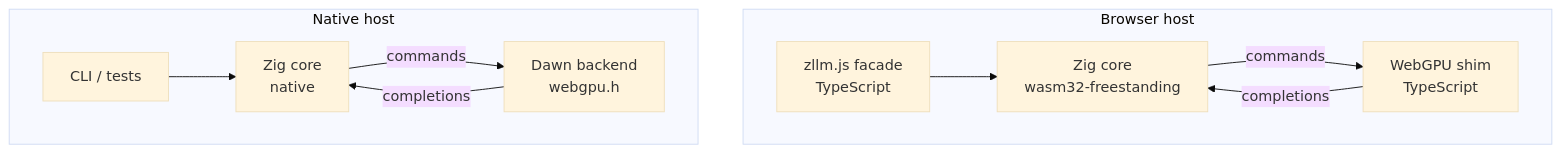
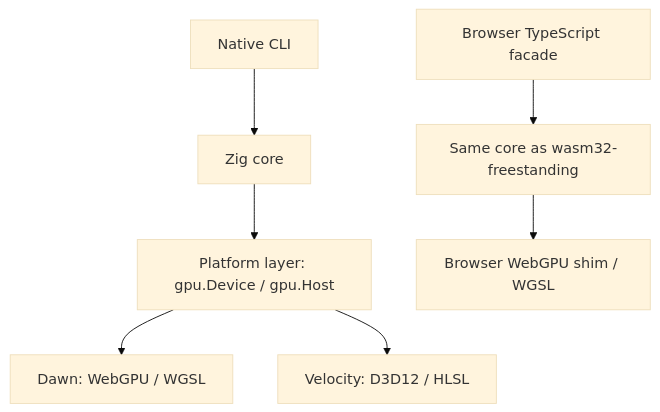
The first of 3 diagrams in docs/src/architecture.md (mattneel/zllm), drawn with Mermaid (base theme) before and after one commit. The commit also changed other lines of this file and 19 other files, not shown here.

````diff
--- a/docs/src/architecture.md
+++ b/docs/src/architecture.md
@@ -7,13 +9,9 @@
 ```mermaid
 flowchart TB
-  subgraph host_web[Browser host]
-    TS[zllm.js facade<br/>TypeScript] --> WASM
-    WASM[Zig core<br/>wasm32-freestanding] -- commands --> SHIM[WebGPU shim<br/>TypeScript]
-    SHIM -- completions --> WASM
-  end
-  subgraph host_native[Native host]
-    CLI[CLI / tests] --> CORE[Zig core<br/>native]
-    CORE -- commands --> DAWN[Dawn backend<br/>webgpu.h]
-    DAWN -- completions --> CORE
-  end
+  CLI[Native CLI] --> CORE[Zig core]
+  JS[Browser TypeScript facade] --> WASM[Same core as wasm32-freestanding]
+  CORE --> PLATFORM[Platform layer: gpu.Device / gpu.Host]
+  PLATFORM --> DAWN[Dawn: WebGPU / WGSL]
+  PLATFORM --> VEL[Velocity: D3D12 / HLSL]
+  WASM --> SHIM[Browser WebGPU shim / WGSL]
 ```
````
